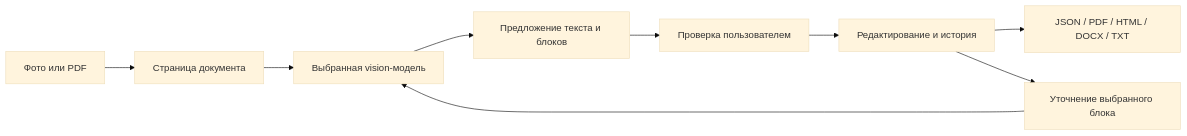
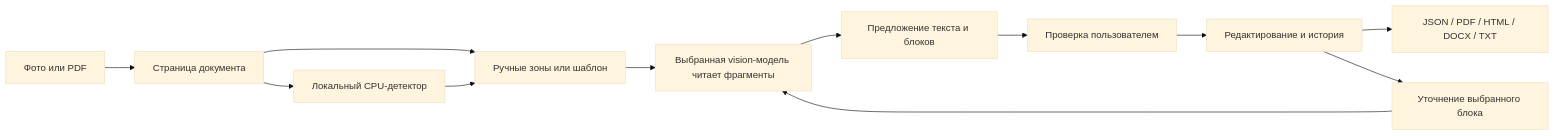
Before and after one commit to AlexBugalter/chtec: the diagram in docs/ARCHITECTURE.md, drawn with Mermaid (base theme). The commit also changed other lines of this file and 4 other files, not shown here.

````diff
--- a/docs/ARCHITECTURE.md
+++ b/docs/ARCHITECTURE.md
@@ -26,11 +29,14 @@
 ```mermaid
 flowchart LR
   A[Фото или PDF] --> B[Страница документа]
-  B --> C[Выбранная vision-модель]
+  B --> Z[Ручные зоны или шаблон]
+  B --> L[Локальный CPU-детектор]
+  L --> Z
+  Z --> C[Выбранная vision-модель читает фрагменты]
   C --> D[Предложение текста и блоков]
   D --> E[Проверка пользователем]
   E --> F[Редактирование и история]
   F --> G[JSON / PDF / HTML / DOCX / TXT]
   F --> H[Уточнение выбранного блока]
   H --> C
 ```
````
